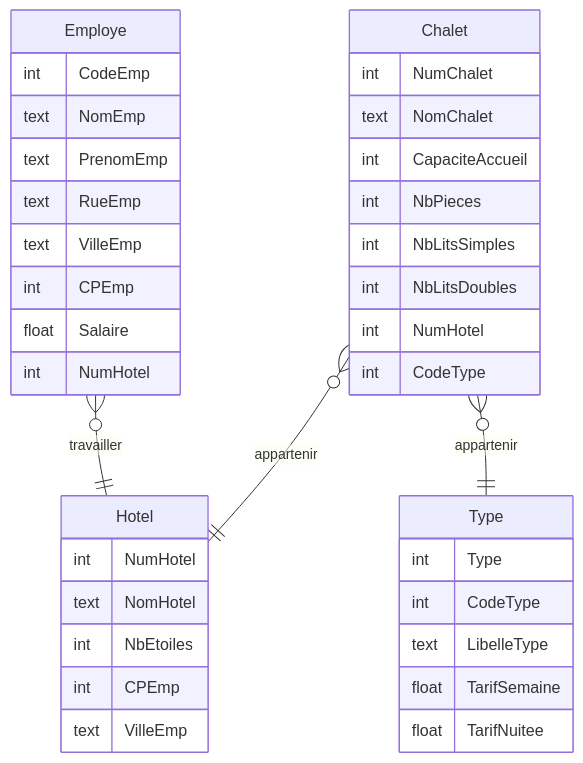
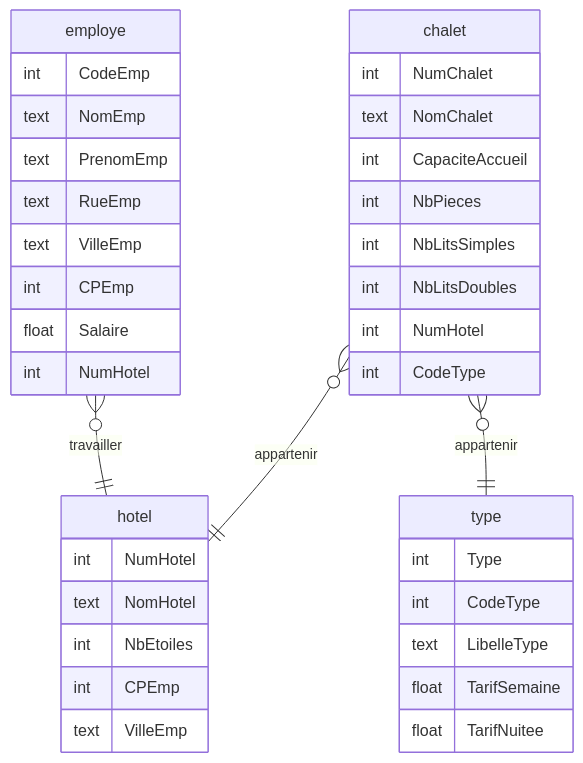
One commit to fxpar/SQLpratique changed the diagram in db/exercices/chalets/README.md. Above: the diagram before and after it, drawn with Mermaid. The commit also changed 3 other files, not shown here.

````diff
--- a/db/exercices/chalets/README.md
+++ b/db/exercices/chalets/README.md
@@ -9,40 +9,40 @@
 ```mermaid
 erDiagram
-    Chalet }o--|| Hotel : appartenir
-	Chalet }o--|| Type : appartenir
-    Chalet {
+    chalet }o--|| hotel : appartenir
+	chalet }o--|| type : appartenir
+    chalet {
 			int NumChalet
 			text NomChalet
 			int CapaciteAccueil
 			int NbPieces
 			int NbLitsSimples
 			int NbLitsDoubles
 			int NumHotel
 			int CodeType
     }
-    Employe }o--|| Hotel : travailler
-    Employe {
+    employe }o--|| hotel : travailler
+    employe {
 			int CodeEmp
 			text NomEmp
 			text PrenomEmp
 			text RueEmp
 			text VilleEmp
 			int CPEmp
 			float Salaire
 			int NumHotel
     }
-    Hotel {
+    hotel {
 			int NumHotel
 			text NomHotel
 			int NbEtoiles
 			int CPEmp
 			text VilleEmp
     }
-	Type {
+	type {
 			int Type
 			int CodeType
 			text LibelleType
 			float TarifSemaine
 			float TarifNuitee
     }
 ```
````
